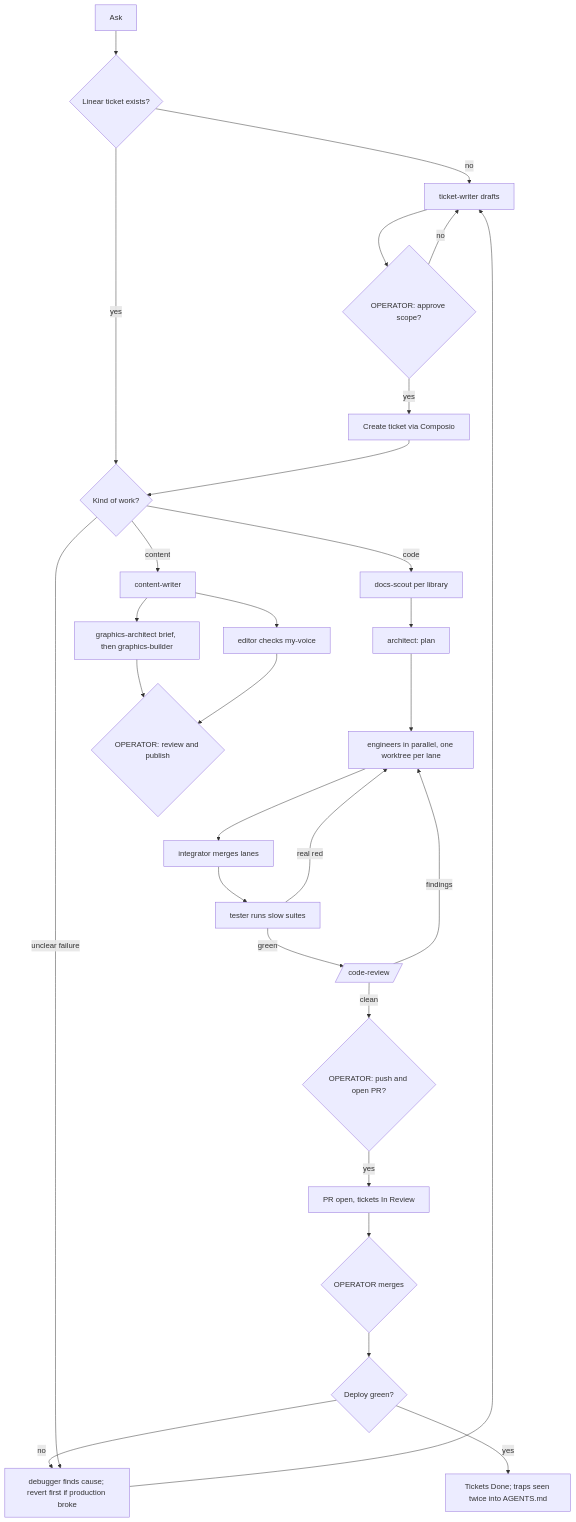
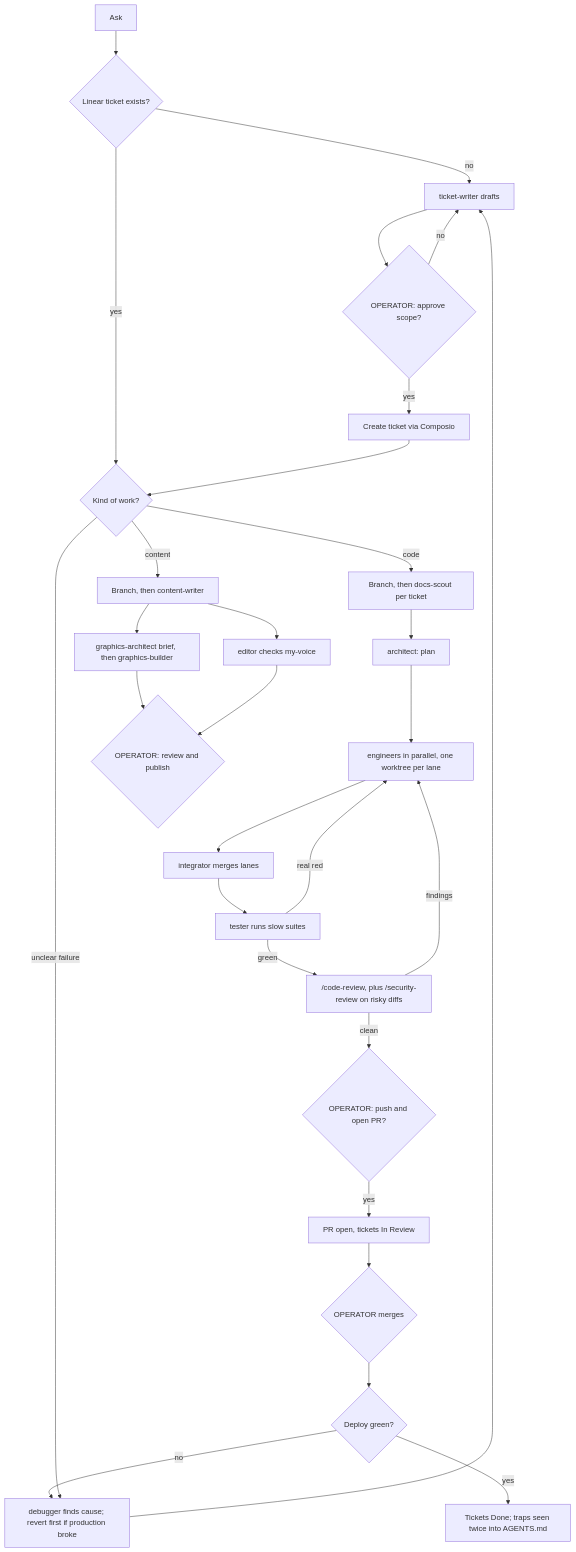
The diagram in skills/orchestrator/SKILL.md (oliverassad/oa-agents), drawn with Mermaid before and after one commit. The commit also changed other lines of this file and 27 other files, not shown here.

````diff
--- a/skills/orchestrator/SKILL.md
+++ b/skills/orchestrator/SKILL.md
@@ -14,31 +16,31 @@
 ```mermaid
 flowchart TD
   A[Ask] --> B{Linear ticket exists?}
   B -- no --> C[ticket-writer drafts]
   C --> D{OPERATOR: approve scope?}
   D -- no --> C
   D -- yes --> E[Create ticket via Composio]
   B -- yes --> F{Kind of work?}
   E --> F
-  F -- code --> G[docs-scout per library]
+  F -- code --> G[Branch, then docs-scout per ticket]
   G --> H[architect: plan]
   H --> I[engineers in parallel, one worktree per lane]
   I --> J[integrator merges lanes]
   J --> K[tester runs slow suites]
   K -- real red --> I
-  K -- green --> L[/code-review/]
+  K -- green --> L["/code-review, plus /security-review on risky diffs"]
   L -- findings --> I
   L -- clean --> M{OPERATOR: push and open PR?}
   M -- yes --> N[PR open, tickets In Review]
   N --> O{OPERATOR merges}
   O --> P{Deploy green?}
   P -- no --> Q[debugger finds cause; revert first if production broke]
   Q --> C
   P -- yes --> R[Tickets Done; traps seen twice into AGENTS.md]
-  F -- content --> S[content-writer]
+  F -- content --> S[Branch, then content-writer]
   S --> T[graphics-architect brief, then graphics-builder]
   S --> U[editor checks my-voice]
   T --> V{OPERATOR: review and publish}
   U --> V
   F -- unclear failure --> Q
 ```
````
